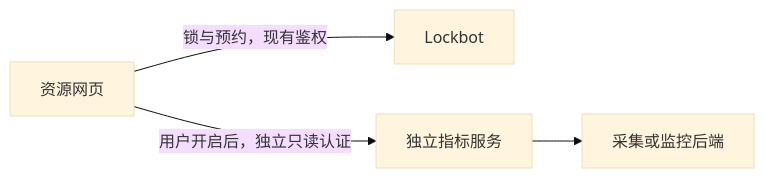
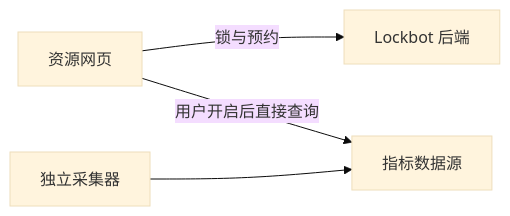
Before and after one commit to dynamicheart/lockbot: the diagram in docs/design/utilization-plugin.md, drawn with Mermaid (base theme). The commit also changed other lines of this file, not shown here.

````diff
--- a/docs/design/utilization-plugin.md
+++ b/docs/design/utilization-plugin.md
@@ -21,6 +11,6 @@
 ```mermaid
 flowchart LR
-  Page[资源网页] -->|锁与预约，现有鉴权| Lockbot[Lockbot]
-  Page -->|用户开启后，独立只读认证| Metrics[独立指标服务]
-  Metrics --> Collector[采集或监控后端]
+  Page[资源网页] -->|锁与预约| Lockbot[Lockbot 后端]
+  Page -->|用户开启后直接查询| Provider[指标数据源]
+  Collector[独立采集器] --> Provider
 ```
````
